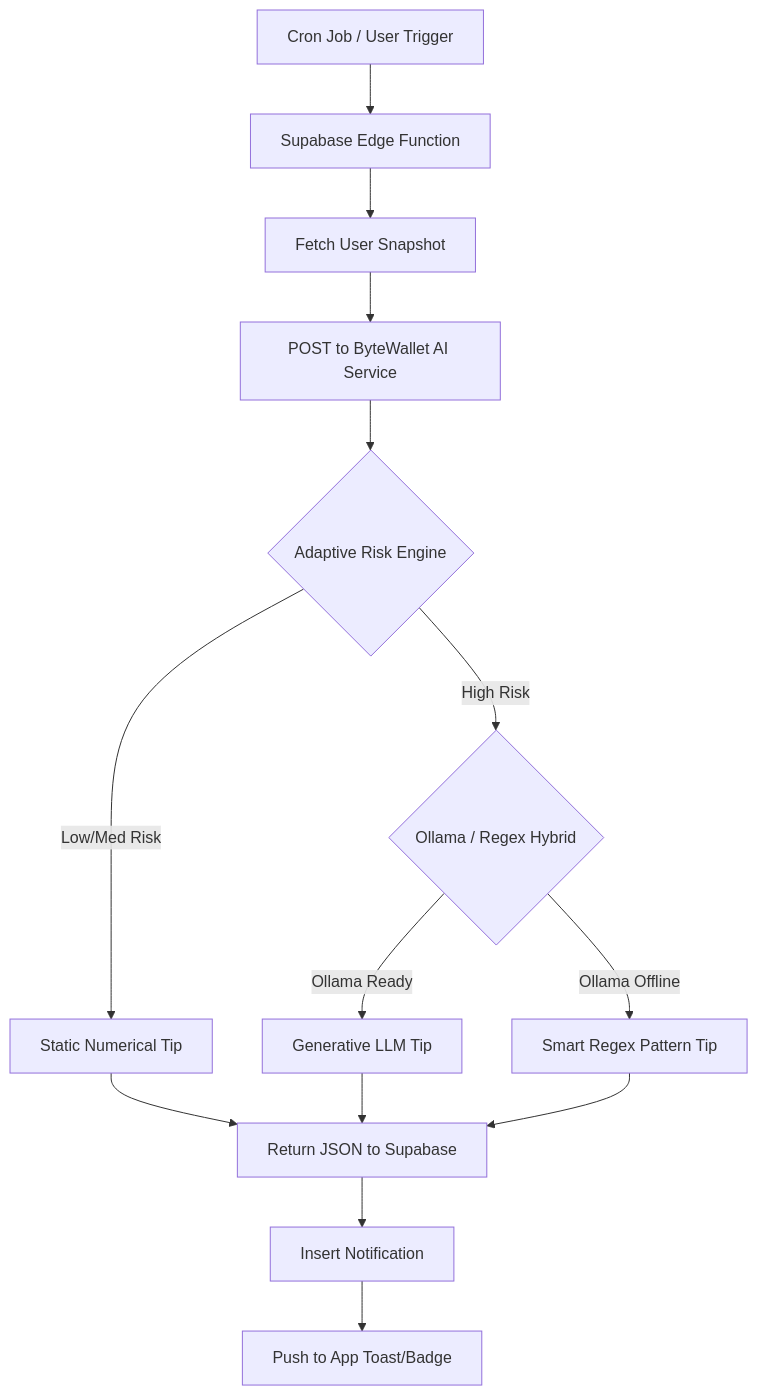
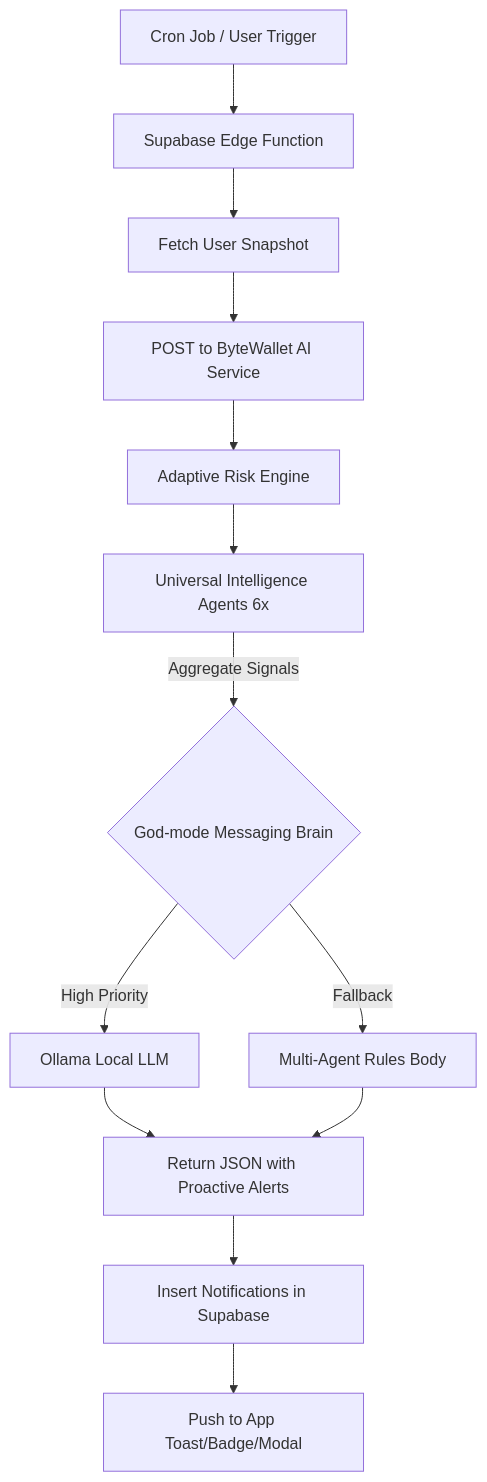
One commit to SmtTheSE/ByteWalletAI changed the diagram in docs/AI_BURN_RATE_FLOW_SPEC.md. Above: the diagram before and after it, drawn with Mermaid. The commit also changed other lines of this file and 11 other files, not shown here.

Commit message:
feat: implement universal intelligence, condition-1 logic, and documentation v2.1

````diff
--- a/docs/AI_BURN_RATE_FLOW_SPEC.md
+++ b/docs/AI_BURN_RATE_FLOW_SPEC.md
@@ -15,14 +15,14 @@
 ```mermaid
 graph TD
     A[Cron Job / User Trigger] --> B[Supabase Edge Function]
     B --> C[Fetch User Snapshot]
     C --> D[POST to ByteWallet AI Service]
-    D --> E{Adaptive Risk Engine}
-    E --> |Low/Med Risk| F[Static Numerical Tip]
-    E --> |High Risk| G{Ollama / Regex Hybrid}
-    G --> |Ollama Ready| H[Generative LLM Tip]
-    G --> |Ollama Offline| I[Smart Regex Pattern Tip]
-    F & H & I --> J[Return JSON to Supabase]
-    J --> K[Insert Notification]
-    K --> L[Push to App Toast/Badge]
+    D --> E[Adaptive Risk Engine]
+    E --> F[Universal Intelligence Agents 6x]
+    F --> |Aggregate Signals| G{God-mode Messaging Brain}
+    G --> |High Priority| H[Ollama Local LLM]
+    G --> |Fallback| I[Multi-Agent Rules Body]
+    H & I --> J[Return JSON with Proactive Alerts]
+    J --> K[Insert Notifications in Supabase]
+    K --> L[Push to App Toast/Badge/Modal]
 ```
````
